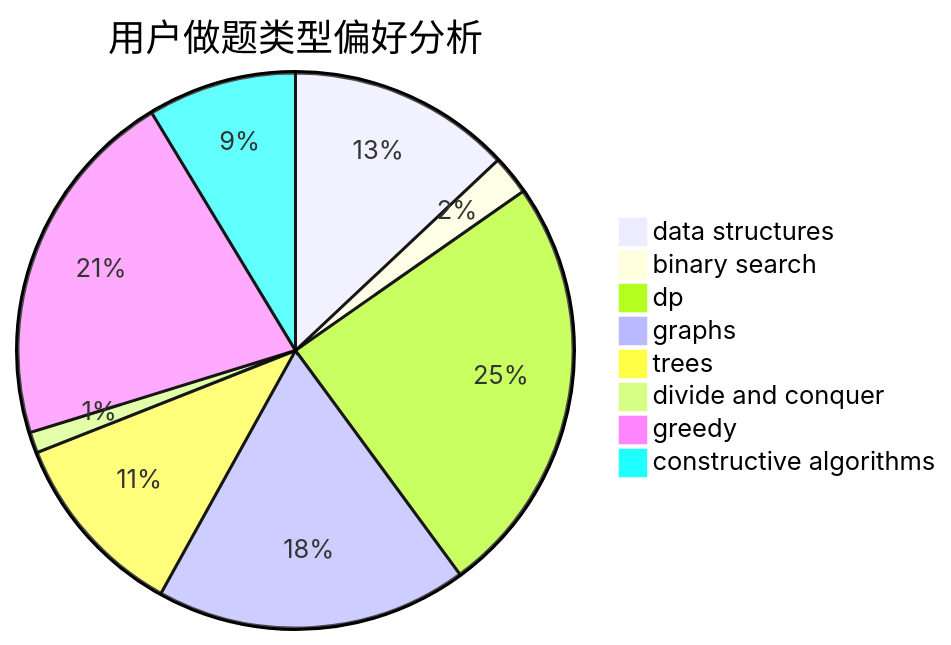
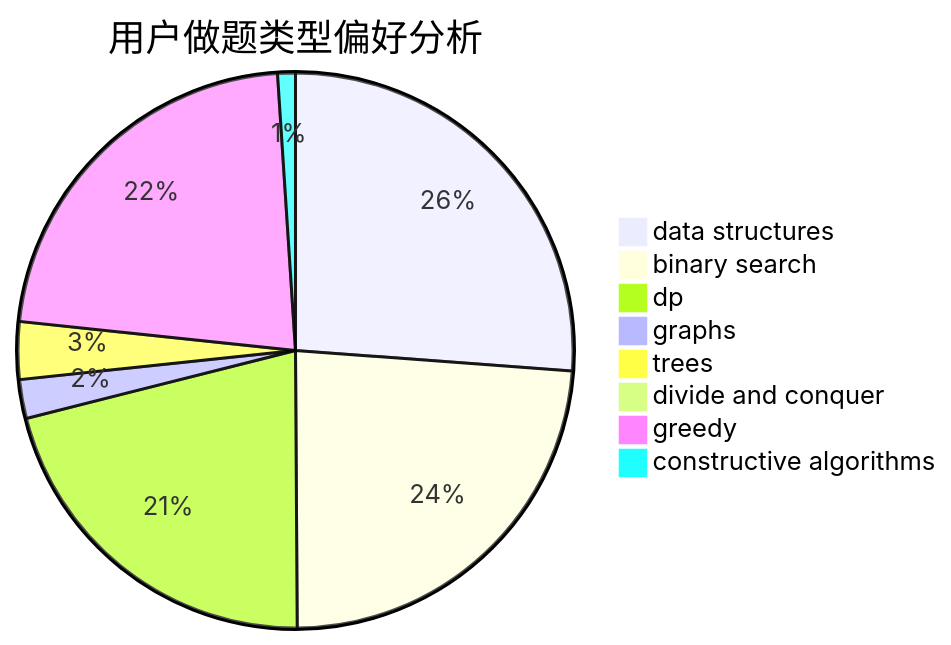
The second of 3 diagrams in docs/user/u946.md (sherpahu/cfrs.github.io), drawn with Mermaid before and after one commit. The commit also changed other lines of this file and 2770 other files, not shown here.

````diff
--- a/docs/user/u946.md
+++ b/docs/user/u946.md
@@ -23,11 +23,11 @@
 ```mermaid
 pie title 用户做题类型偏好分析
-    "data structures" :  96
-    "binary search" :  17
-    "dp" :  182
-    "graphs" :  134
-    "trees" :  81
-    "divide and conquer" :  9
-    "greedy" :  156
-    "constructive algorithms" :  64
+    "data structures" :  532
+    "binary search" :  482
+    "dp" :  430
+    "graphs" :  46
+    "trees" :  68
+    "divide and conquer" :  1
+    "greedy" :  453
+    "constructive algorithms" :  21
 ```
````
